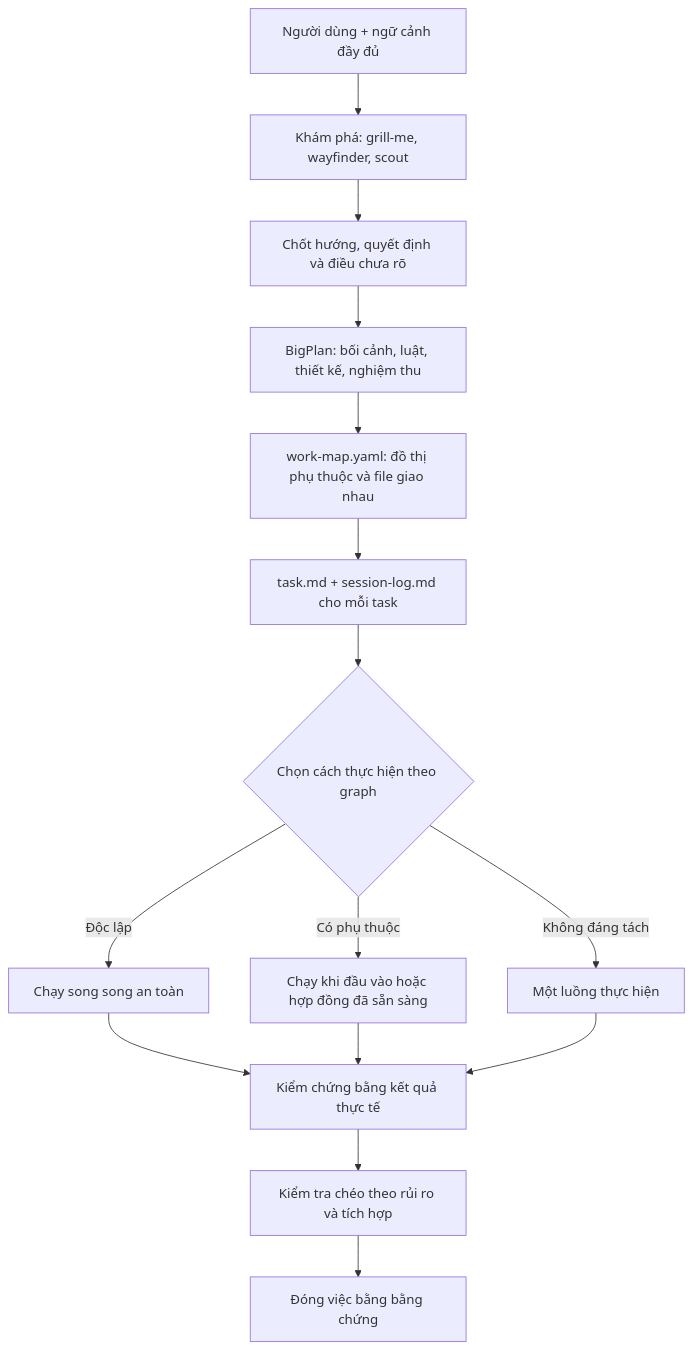
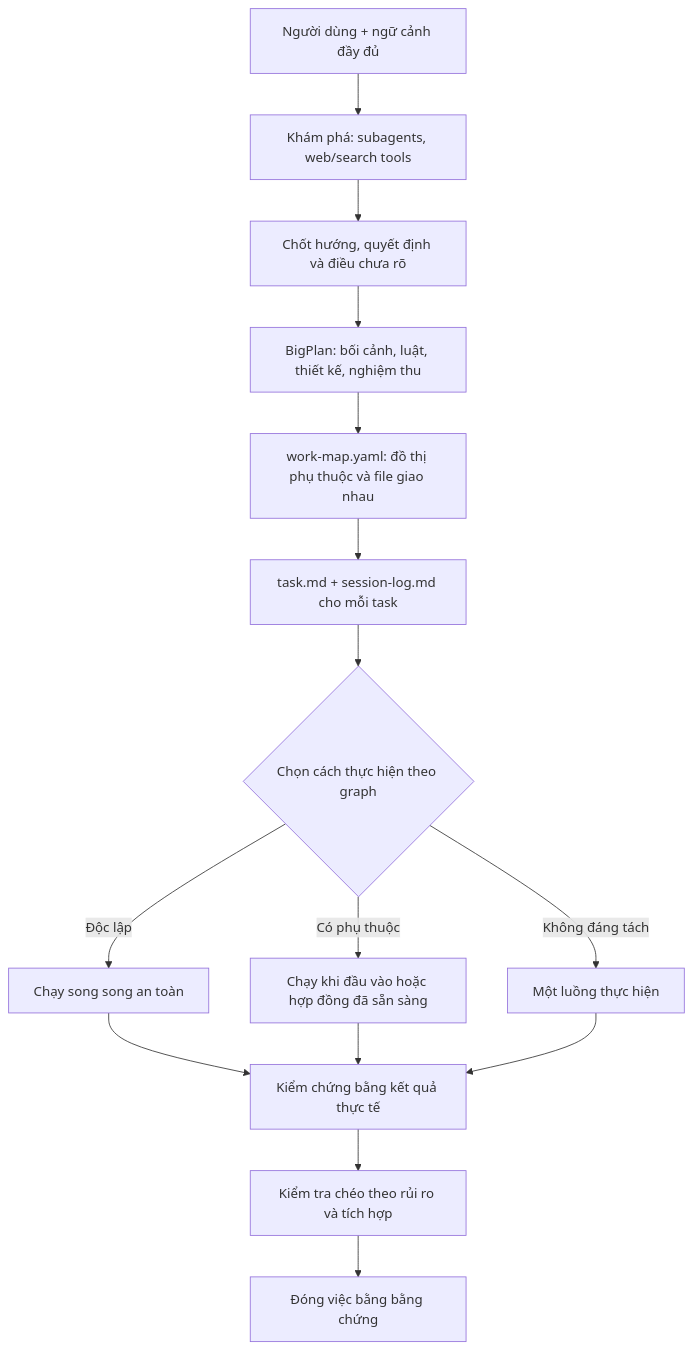
One commit to ddicgegd/herdr-skill changed the diagram in README.md. Above: the diagram before and after it, drawn with Mermaid. The commit also changed other lines of this file and 9 other files, not shown here.

```diff
--- a/README.md
+++ b/README.md
@@ -13,17 +13,17 @@
 ~~~mermaid
 flowchart TD
-    A[Người dùng + ngữ cảnh đầy đủ] --> B[Khám phá: grill-me, wayfinder, scout]
+    A[Người dùng + ngữ cảnh đầy đủ] --> B[Khám phá: subagents, web/search tools]
     B --> C[Chốt hướng, quyết định và điều chưa rõ]
     C --> D[BigPlan: bối cảnh, luật, thiết kế, nghiệm thu]
     D --> E[work-map.yaml: đồ thị phụ thuộc và file giao nhau]
     E --> F[task.md + session-log.md cho mỗi task]
     F --> G{Chọn cách thực hiện theo graph}
     G -->|Độc lập| H[Chạy song song an toàn]
     G -->|Có phụ thuộc| I[Chạy khi đầu vào hoặc hợp đồng đã sẵn sàng]
     G -->|Không đáng tách| J[Một luồng thực hiện]
     H --> K[Kiểm chứng bằng kết quả thực tế]
     I --> K
     J --> K
     K --> L[Kiểm tra chéo theo rủi ro và tích hợp]
     L --> M[Đóng việc bằng bằng chứng]
 ~~~
```
